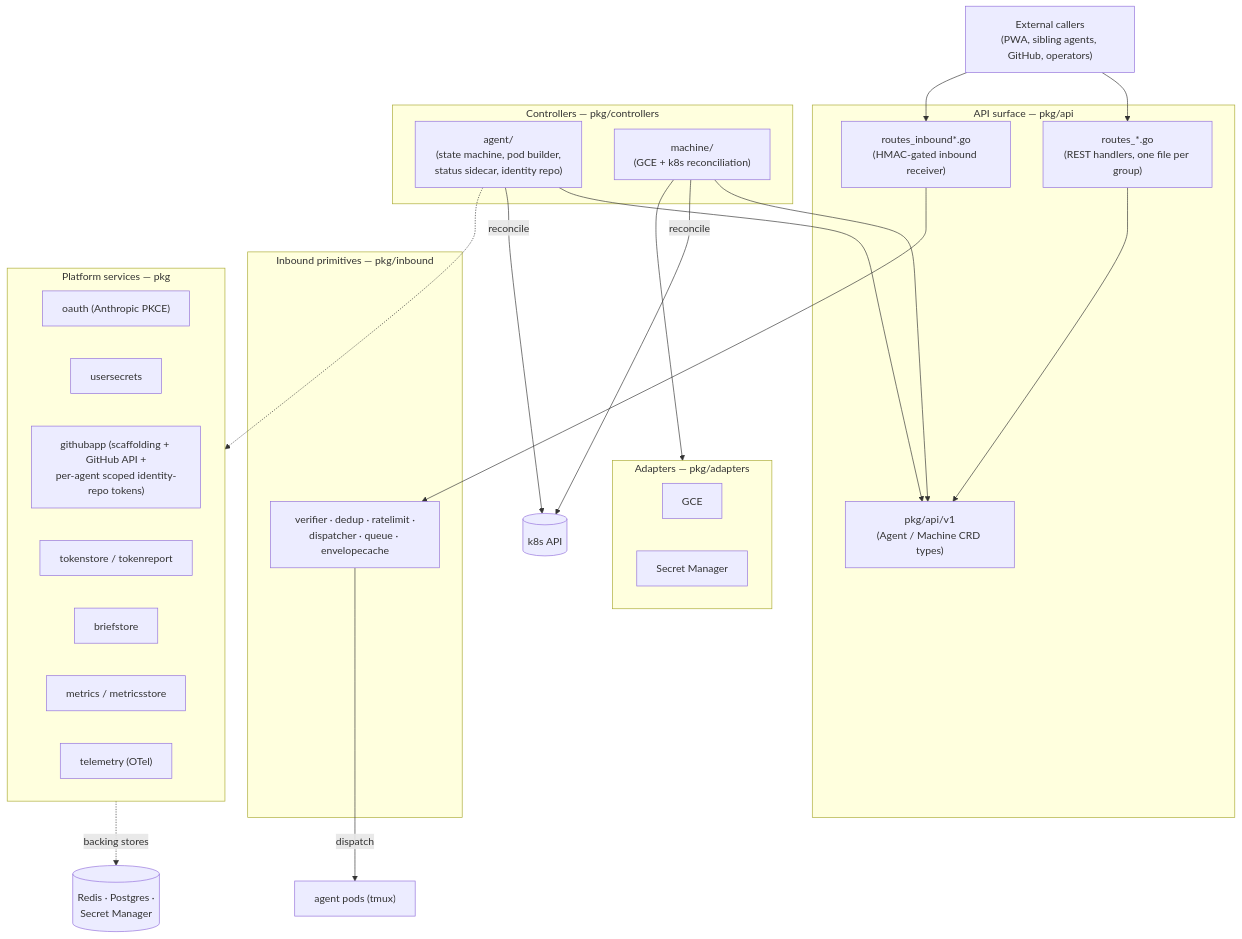
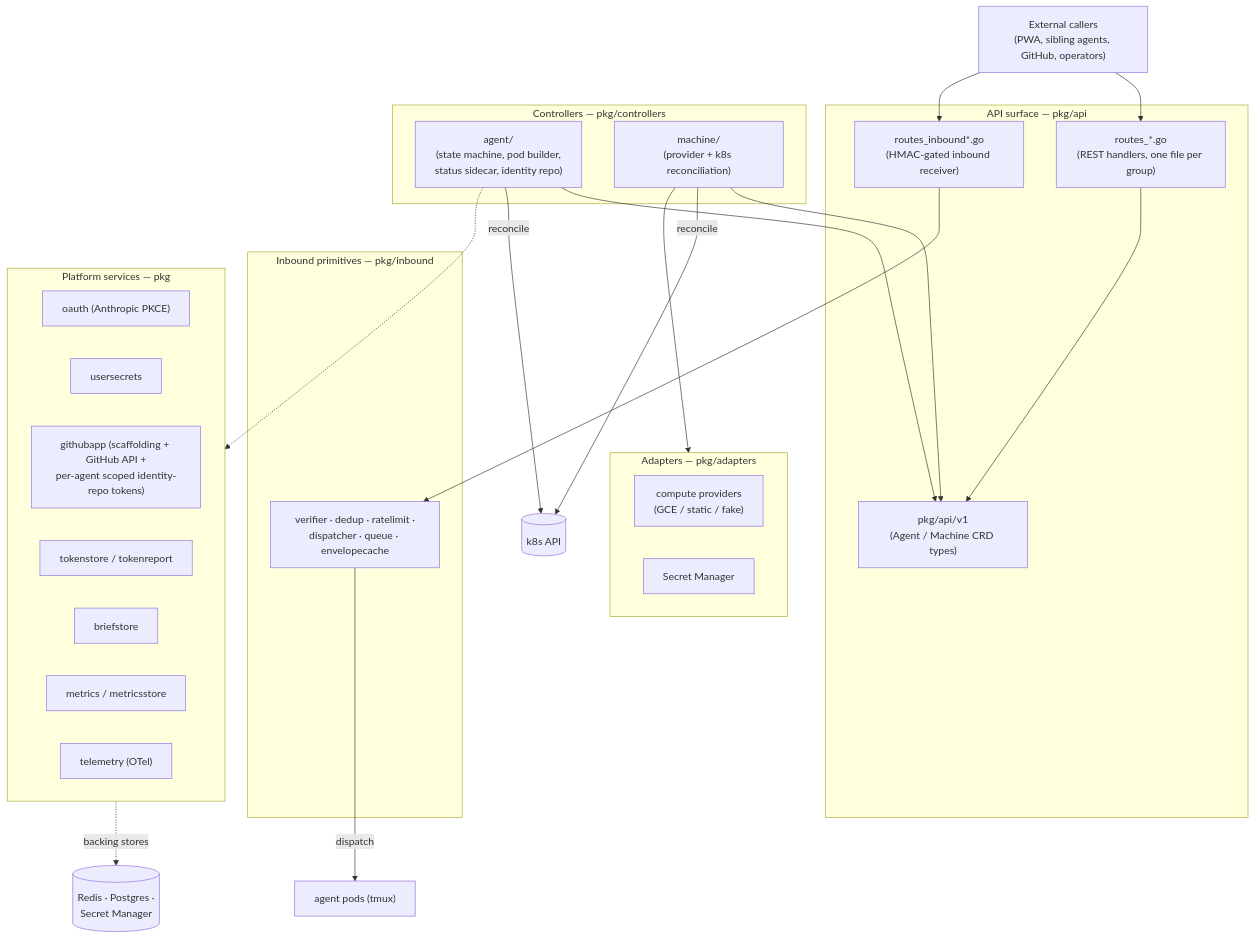
The first of 3 diagrams in docs/architecture/overview.md (matty-v/kyber), drawn with Mermaid before and after one commit. The commit also changed 31 other files, not shown here.

Commit message:
Add provider-neutral compute testing

````diff
--- a/docs/architecture/overview.md
+++ b/docs/architecture/overview.md
@@ -82,47 +82,47 @@
 ```mermaid
 flowchart TB
     subgraph api["API surface — pkg/api"]
         routes["routes_*.go<br/>(REST handlers, one file per group)"]
         inboundroutes["routes_inbound*.go<br/>(HMAC-gated inbound receiver)"]
         types["pkg/api/v1<br/>(Agent / Machine CRD types)"]
     end
 
     subgraph ctrl["Controllers — pkg/controllers"]
         agentc["agent/<br/>(state machine, pod builder,<br/>status sidecar, identity repo)"]
-        machinec["machine/<br/>(GCE + k8s reconciliation)"]
+        machinec["machine/<br/>(provider + k8s reconciliation)"]
     end
 
     subgraph inb["Inbound primitives — pkg/inbound"]
         prim["verifier · dedup · ratelimit ·<br/>dispatcher · queue · envelopecache"]
     end
 
     subgraph svc["Platform services — pkg"]
         oauth["oauth (Anthropic PKCE)"]
         usersecrets["usersecrets"]
         githubapp["githubapp (scaffolding + GitHub API +<br/>per-agent scoped identity-repo tokens)"]
         tokenstore["tokenstore / tokenreport"]
         briefstore["briefstore"]
         metrics["metrics / metricsstore"]
         telemetry["telemetry (OTel)"]
     end
 
     subgraph adapt["Adapters — pkg/adapters"]
-        gce["GCE"]
+        gce["compute providers<br/>(GCE / static / fake)"]
         sm["Secret Manager"]
     end
 
     ext["External callers<br/>(PWA, sibling agents, GitHub, operators)"] --> routes
     ext --> inboundroutes
     inboundroutes --> prim
     routes --> types
     agentc --> types
     machinec --> types
 
     agentc -->|reconcile| k8s[("k8s API")]
     machinec -->|reconcile| k8s
     machinec --> adapt
     prim -->|dispatch| pods["agent pods (tmux)"]
 
     svc -.->|backing stores| stores[("Redis · Postgres ·<br/>Secret Manager")]
     agentc -.-> svc
 ```
````
